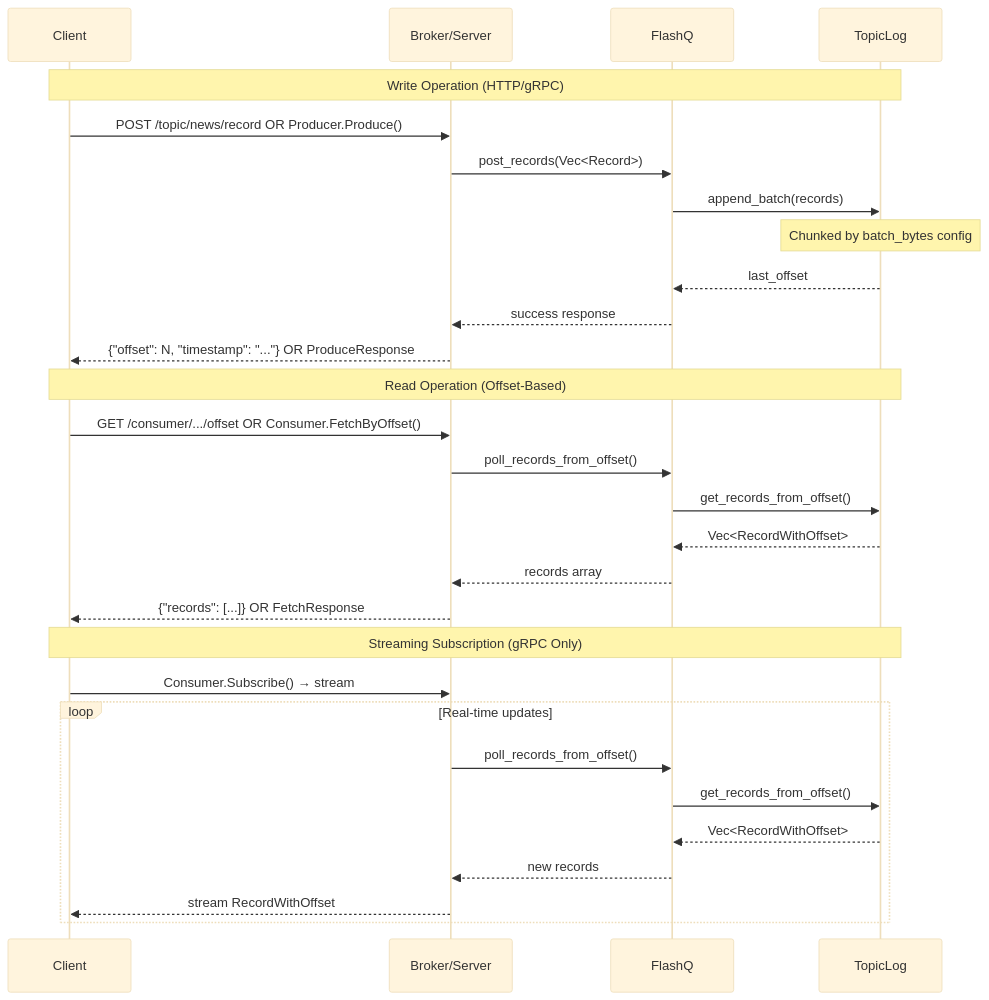
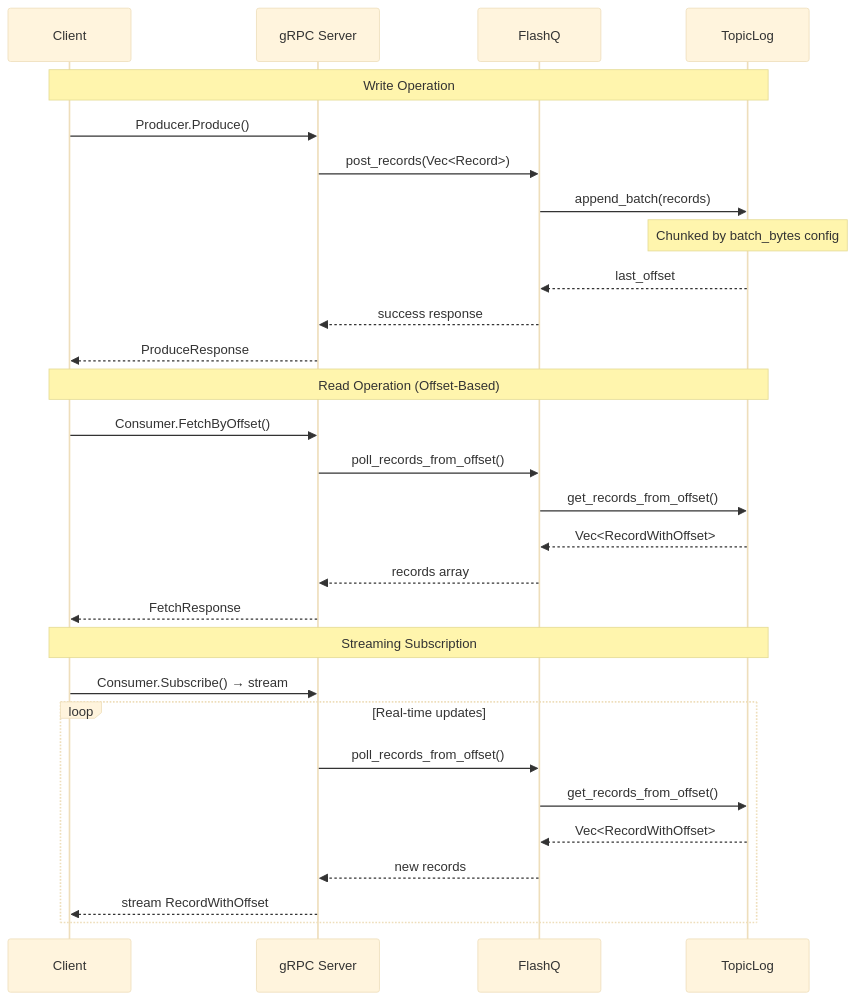
One commit to harshitmahapatra/flashq changed the second of 2 diagrams in docs/architecture.md. Above: the diagram before and after it, drawn with Mermaid (base theme). The commit also changed other lines of this file and 39 other files, not shown here.

````diff
--- a/docs/architecture.md
+++ b/docs/architecture.md
@@ -102,34 +95,34 @@
 ```mermaid
 sequenceDiagram
     participant C as Client
-    participant B as Broker/Server
+    participant B as gRPC Server
     participant Q as FlashQ
     participant T as TopicLog
 
-    Note over C,T: Write Operation (HTTP/gRPC)
-    C->>B: POST /topic/news/record OR Producer.Produce()
+    Note over C,T: Write Operation
+    C->>B: Producer.Produce()
     B->>Q: post_records(Vec<Record>)
     Q->>T: append_batch(records)
     Note over T: Chunked by batch_bytes config
     T-->>Q: last_offset
     Q-->>B: success response
-    B-->>C: {"offset": N, "timestamp": "..."} OR ProduceResponse
+    B-->>C: ProduceResponse
 
     Note over C,T: Read Operation (Offset-Based)
-    C->>B: GET /consumer/.../offset OR Consumer.FetchByOffset()
+    C->>B: Consumer.FetchByOffset()
     B->>Q: poll_records_from_offset()
     Q->>T: get_records_from_offset()
     T-->>Q: Vec<RecordWithOffset>
     Q-->>B: records array
-    B-->>C: {"records": [...]} OR FetchResponse
+    B-->>C: FetchResponse
 
-    Note over C,T: Streaming Subscription (gRPC Only)
+    Note over C,T: Streaming Subscription
     C->>B: Consumer.Subscribe() → stream
     loop Real-time updates
         B->>Q: poll_records_from_offset()
         Q->>T: get_records_from_offset()
         T-->>Q: Vec<RecordWithOffset>
         Q-->>B: new records
         B-->>C: stream RecordWithOffset
     end
 ```
````
